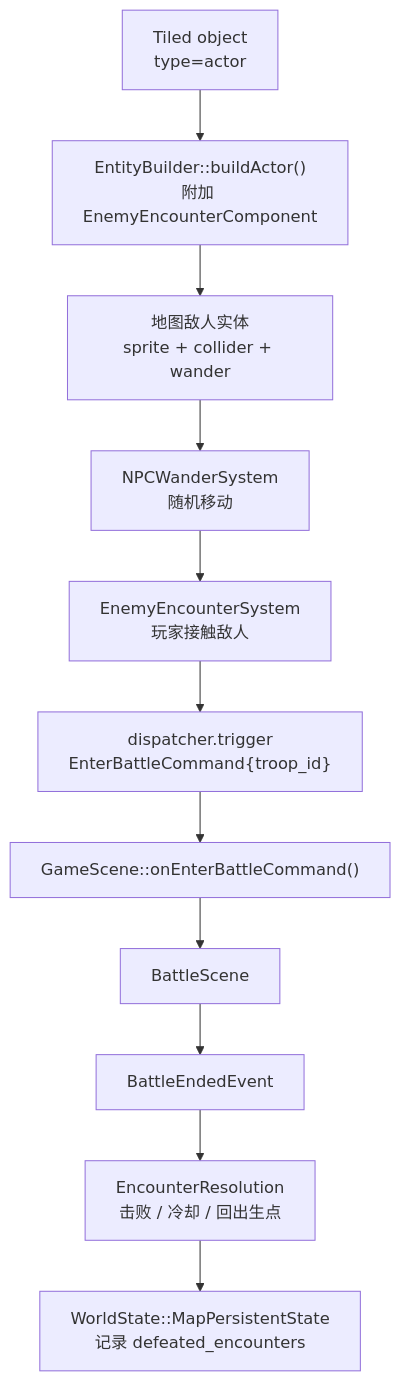
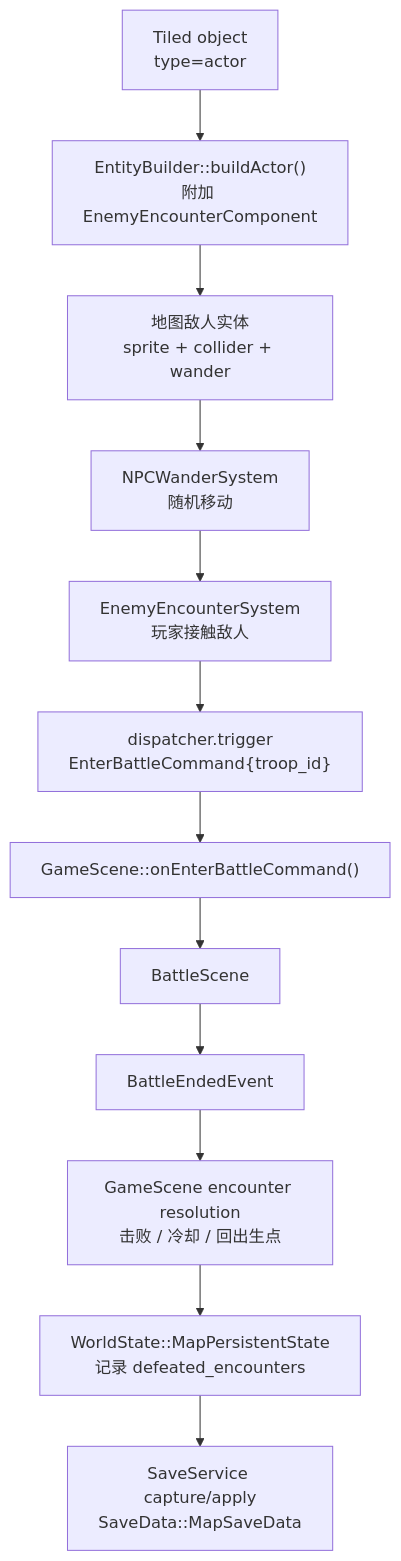
The diagram in plans/地图战斗触发功能计划.md (WispSnow/TinyFarmRPG), drawn with Mermaid before and after one commit. The commit also changed other lines of this file, not shown here.

Commit message:
制定地图放置战斗的开发计划

````diff
--- a/plans/地图战斗触发功能计划.md
+++ b/plans/地图战斗触发功能计划.md
@@ -86,13 +117,14 @@
 ```mermaid
 flowchart TD
     Tiled["Tiled object<br/>type=actor"] --> Loader["EntityBuilder::buildActor()<br/>附加 EnemyEncounterComponent"]
     Loader --> Enemy["地图敌人实体<br/>sprite + collider + wander"]
     Enemy --> Wander["NPCWanderSystem<br/>随机移动"]
     Wander --> Touch["EnemyEncounterSystem<br/>玩家接触敌人"]
     Touch --> Cmd["dispatcher.trigger<br/>EnterBattleCommand{troop_id}"]
     Cmd --> GS["GameScene::onEnterBattleCommand()"]
     GS --> BS["BattleScene"]
     BS --> End["BattleEndedEvent"]
-    End --> Resolve["EncounterResolution<br/>击败 / 冷却 / 回出生点"]
-    Resolve --> Save["WorldState::MapPersistentState<br/>记录 defeated_encounters"]
+    End --> Resolve["GameScene encounter resolution<br/>击败 / 冷却 / 回出生点"]
+    Resolve --> RuntimeSave["WorldState::MapPersistentState<br/>记录 defeated_encounters"]
+    RuntimeSave --> DiskSave["SaveService capture/apply<br/>SaveData::MapSaveData"]
 ```
````
